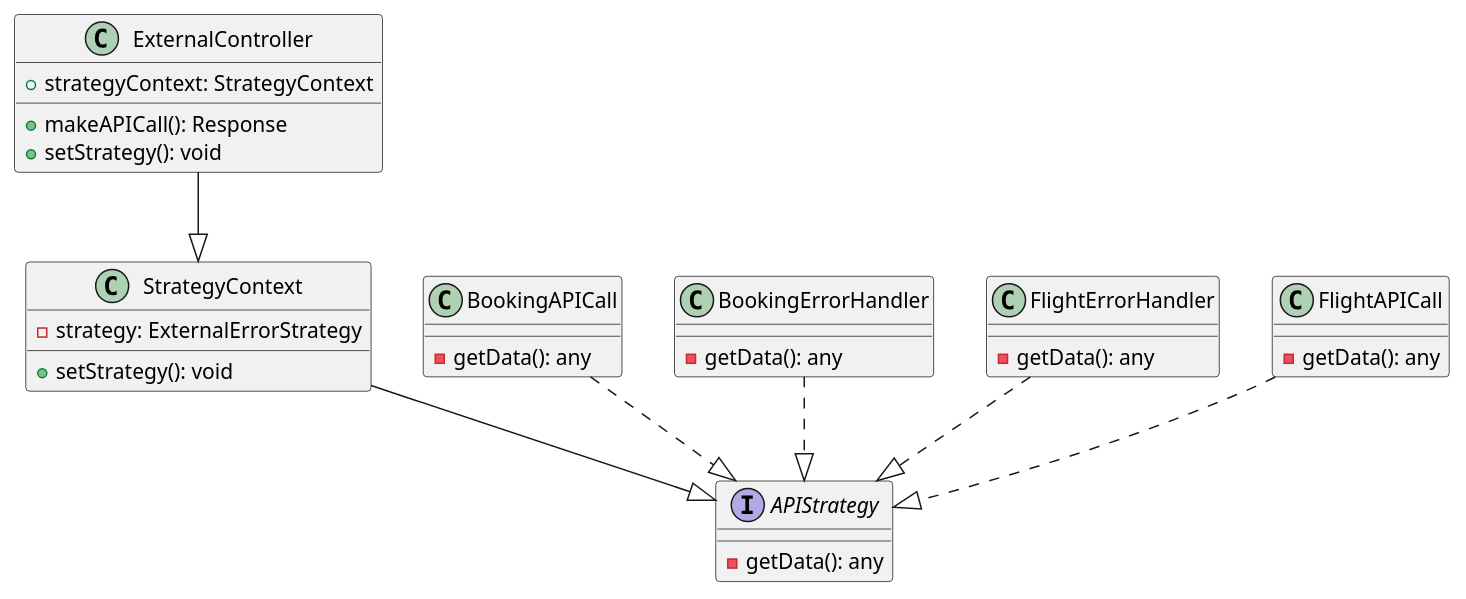
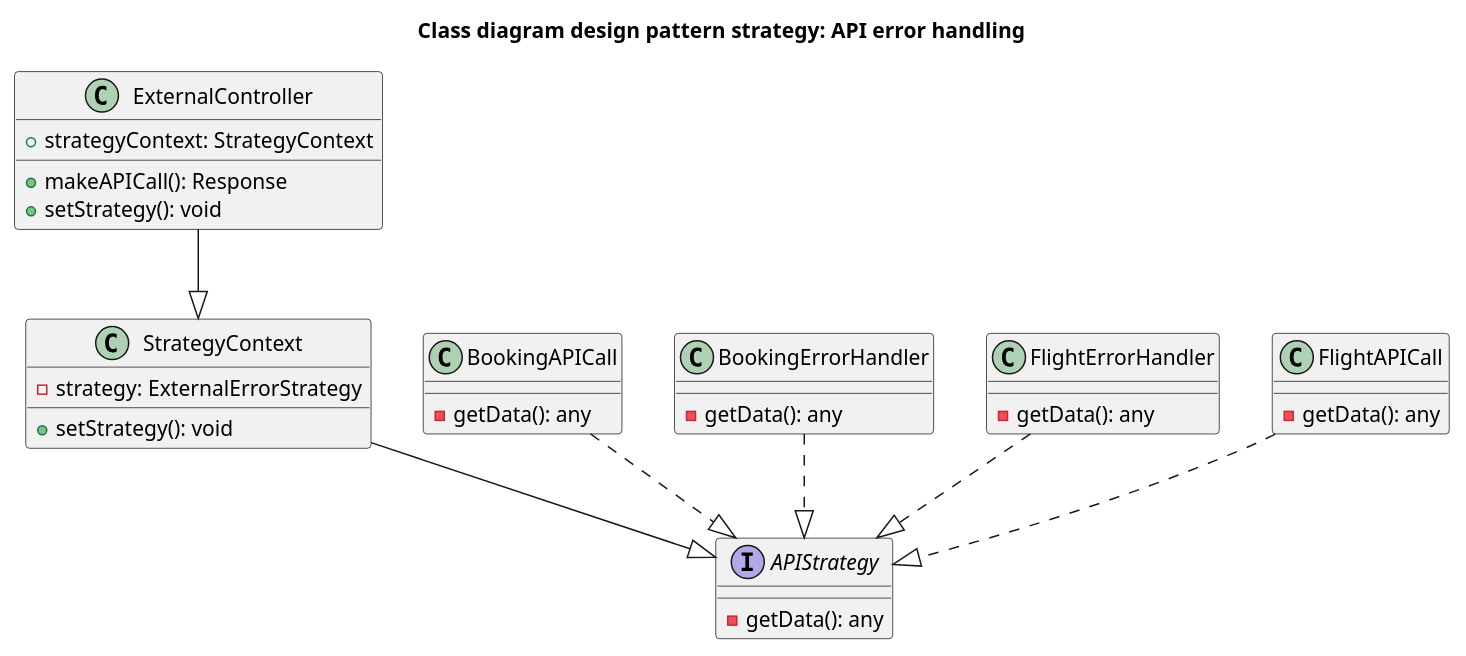
Before and after one commit to AIM-ENE-feb25/triptop-groep-b1: the diagram in software-guidebook/class-diagram/strategy-class-diagram.puml, drawn with PlantUML. The commit also changed 4 other files, not shown here.

Commit message:
sequence diagram etc

```diff
--- a/software-guidebook/class-diagram/strategy-class-diagram.puml
+++ b/software-guidebook/class-diagram/strategy-class-diagram.puml
@@ -1,39 +1,40 @@
 @startuml
+title "Class diagram design pattern strategy: API error handling"
 class ExternalController{
 + strategyContext: StrategyContext
 + makeAPICall(): Response
 + setStrategy(): void
 }
 
 class StrategyContext{
 + setStrategy(): void
 - strategy: ExternalErrorStrategy
 }
 
 interface APIStrategy{
 - getData(): any
 }
 
 class BookingAPICall{
 - getData(): any
 }
 
 class BookingErrorHandler{
 - getData(): any
 }
 class FlightErrorHandler{
 - getData(): any
 }
 class FlightAPICall{
 - getData(): any
 }
 
 ExternalController --|> StrategyContext
 StrategyContext --|> APIStrategy
 
 BookingErrorHandler ..|> APIStrategy
 BookingAPICall ..|> APIStrategy
 FlightAPICall ..|> APIStrategy
 FlightErrorHandler ..|> APIStrategy
 
 @enduml
```
